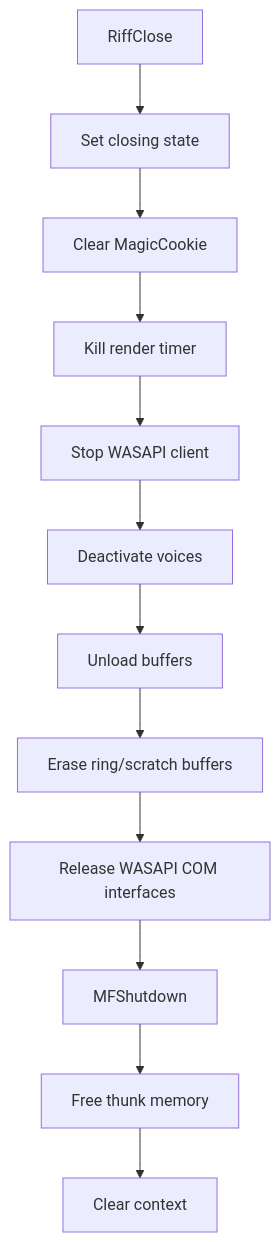
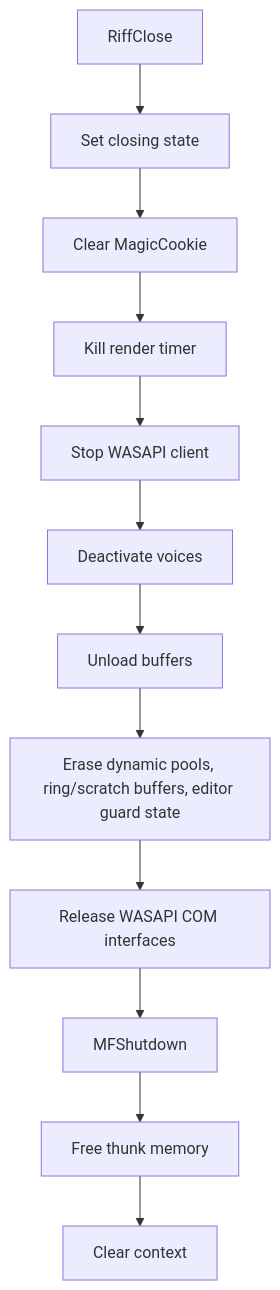
Before and after one commit to vbacollective/riff: the eighth of 8 diagrams in docs/ARCHITECTURE.md, drawn with Mermaid. The commit also changed other lines of this file, not shown here.

````diff
--- a/docs/ARCHITECTURE.md
+++ b/docs/ARCHITECTURE.md
@@ -989,17 +1138,17 @@
 ```mermaid
 graph TD
     A["RiffClose"]
     B["Set closing state"]
     C["Clear MagicCookie"]
     D["Kill render timer"]
     E["Stop WASAPI client"]
     F["Deactivate voices"]
     G["Unload buffers"]
-    H["Erase ring/scratch buffers"]
+    H["Erase dynamic pools, ring/scratch buffers, editor guard state"]
     I["Release WASAPI COM interfaces"]
     J["MFShutdown"]
     K["Free thunk memory"]
     L["Clear context"]
 
     A --> B --> C --> D --> E --> F --> G --> H --> I --> J --> K --> L
 ```
````
